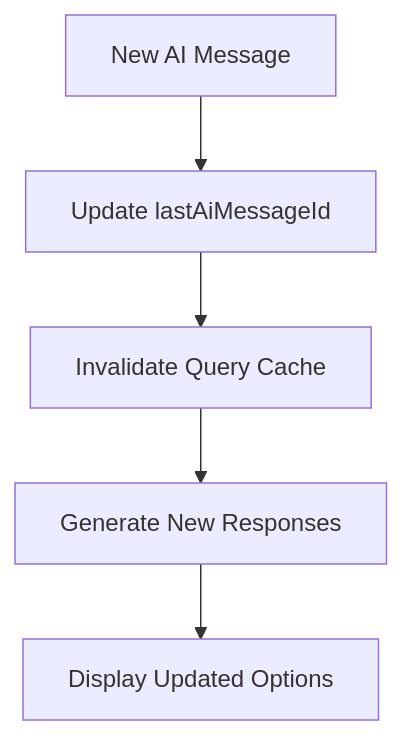
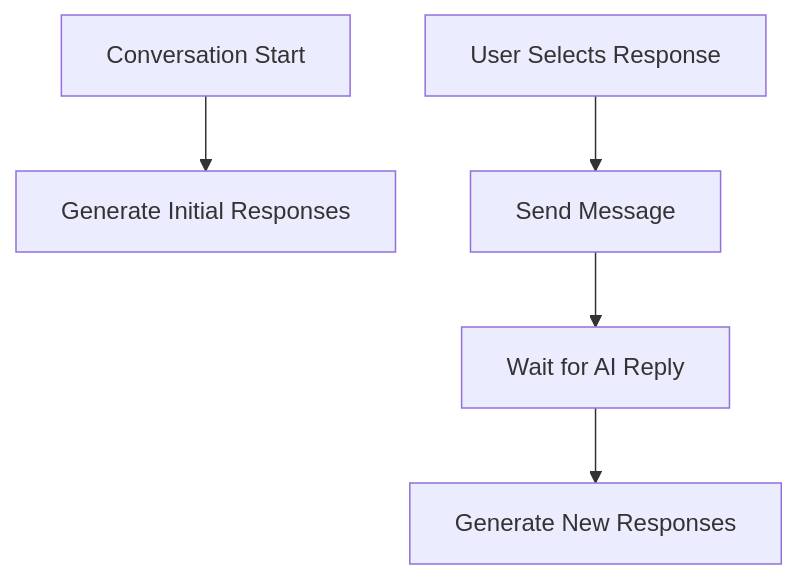
Before and after one commit to TheAlexYao/yapper-verse: the diagram in src/@llm/chat/recommended-responses-flow.md, drawn with Mermaid. The commit also changed other lines of this file and 1 other file, not shown here.

First line of the commit message:
Fix infinite loop issue in response generation

````diff
--- a/src/@llm/chat/recommended-responses-flow.md
+++ b/src/@llm/chat/recommended-responses-flow.md
@@ -11,7 +12,7 @@
    ```mermaid
    graph TD
-      A[New AI Message] --> B[Update lastAiMessageId]
-      B --> C[Invalidate Query Cache]
-      C --> D[Generate New Responses]
-      D --> E[Display Updated Options]
+      A[Conversation Start] --> B[Generate Initial Responses]
+      C[User Selects Response] --> D[Send Message]
+      D --> E[Wait for AI Reply]
+      E --> F[Generate New Responses]
    ```
````
